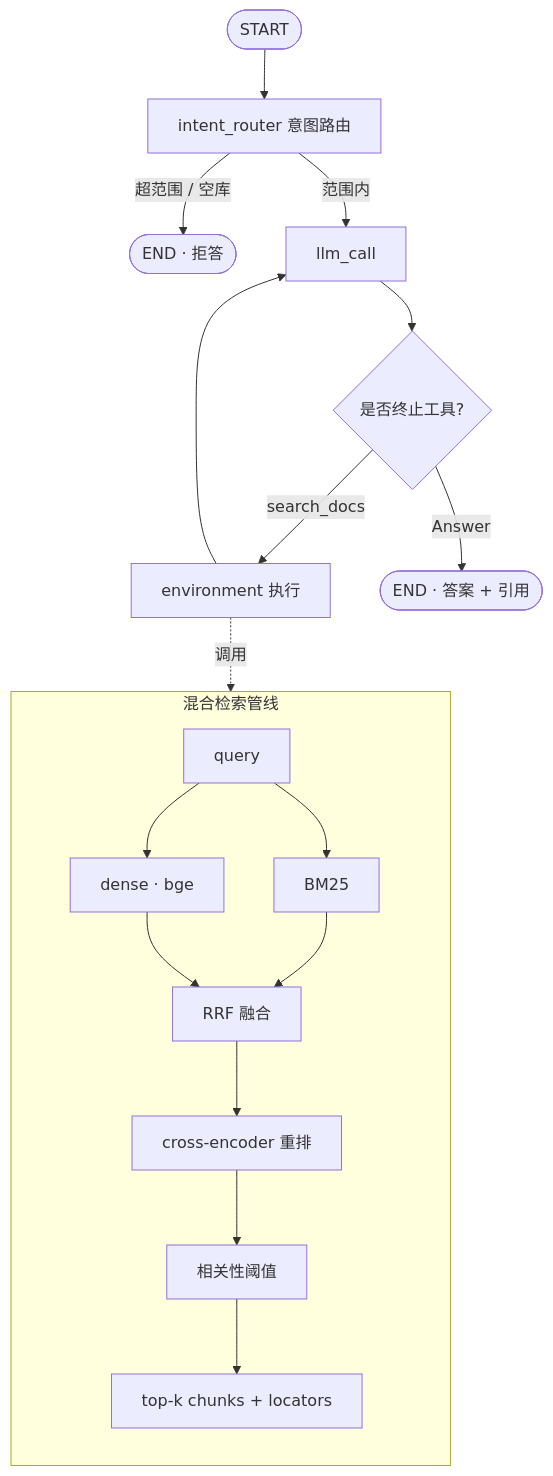
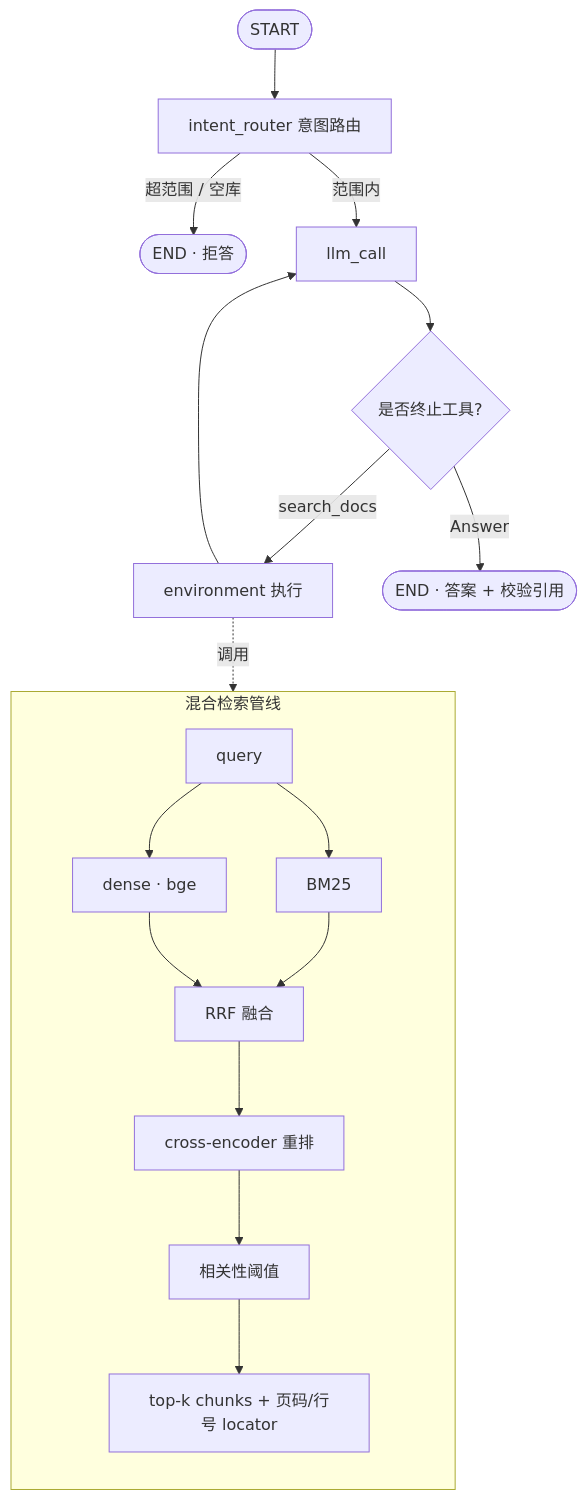
The diagram in README.zh-CN.md (Baldwinzc/docagent), drawn with Mermaid before and after one commit. The commit also changed other lines of this file and 146 other files, not shown here.

````diff
--- a/README.zh-CN.md
+++ b/README.zh-CN.md
@@ -22,23 +80,22 @@
 ```mermaid
 flowchart TB
     START([START]) --> R[intent_router 意图路由]
     R -- 超范围 / 空库 --> D([END · 拒答])
     R -- 范围内 --> L[llm_call]
     L --> C{是否终止工具?}
     C -- search_docs --> E[environment 执行]
     E --> L
-    C -- Answer --> X([END · 答案 + 引用])
+    C -- Answer --> X([END · 答案 + 校验引用])
 
     E -.调用.-> PIPE
-
     subgraph PIPE [混合检索管线]
       direction TB
       Q[query] --> DENSE[dense · bge]
       Q --> BM25[BM25]
       DENSE --> RRF[RRF 融合]
       BM25 --> RRF
       RRF --> RERANK[cross-encoder 重排]
       RERANK --> THRESH[相关性阈值]
-      THRESH --> OUT2[top-k chunks + locators]
+      THRESH --> OUT2[top-k chunks + 页码/行号 locator]
     end
 ```
````
